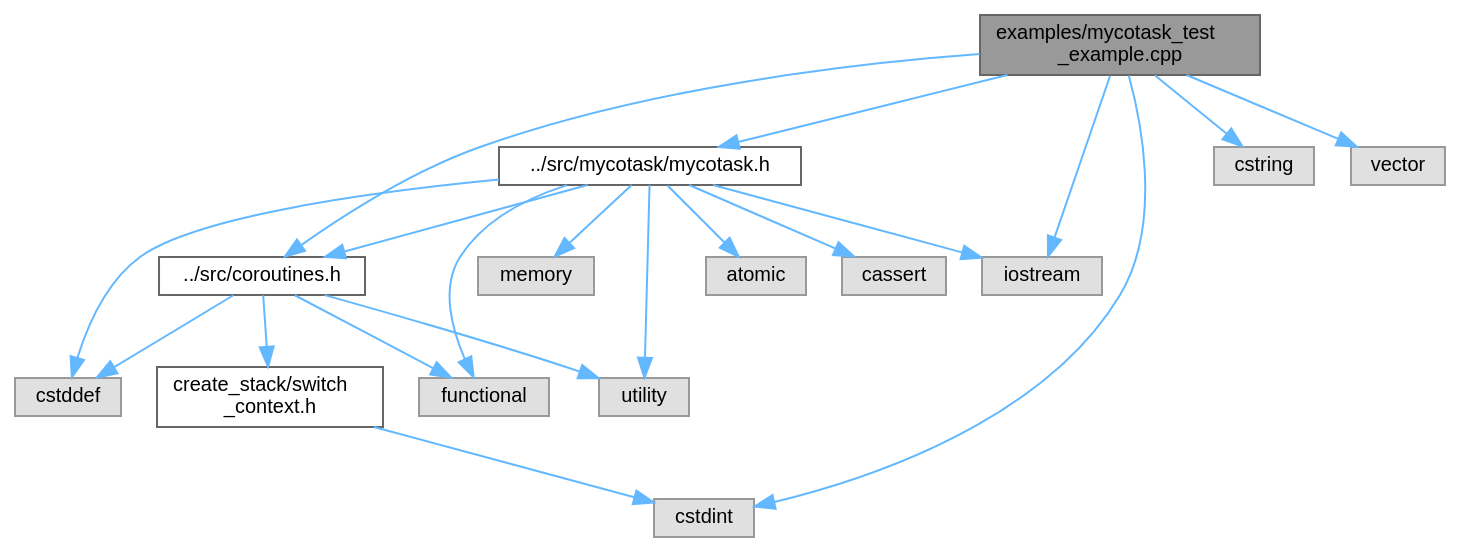
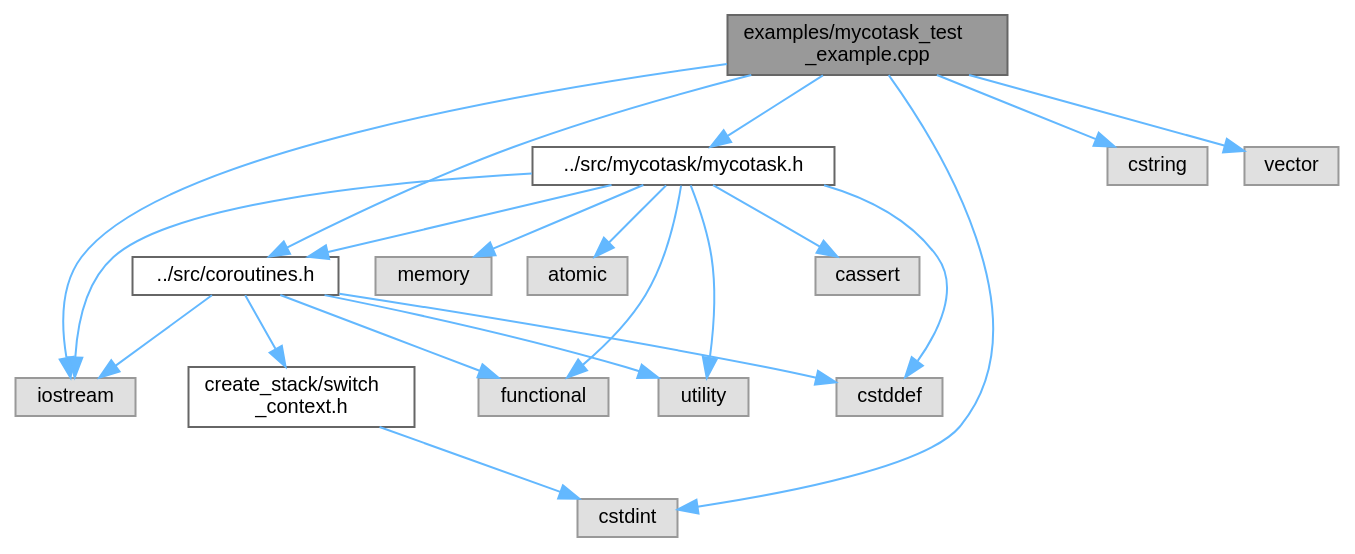
One commit to lalkaman1981/coroutins changed the diagram in mycotask__test__example_8cpp__incl.dot. Above: the diagram before and after it, drawn with Graphviz. The commit also changed 16 other files, not shown here.

```diff
--- a/mycotask__test__example_8cpp__incl.dot
+++ b/mycotask__test__example_8cpp__incl.dot
@@ -1,40 +1,41 @@
 digraph "examples/mycotask_test_example.cpp"
 {
  // LATEX_PDF_SIZE
   bgcolor="transparent";
   edge [fontname=Helvetica,fontsize=10,labelfontname=Helvetica,labelfontsize=10];
   node [fontname=Helvetica,fontsize=10,shape=box,height=0.2,width=0.4];
   Node1 [id="Node000001",label="examples/mycotask_test\l_example.cpp",height=0.2,width=0.4,color="gray40", fillcolor="grey60", style="filled", fontcolor="black",tooltip=" "];
   Node1 -> Node2 [id="edge1_Node000001_Node000002",color="steelblue1",style="solid",tooltip=" "];
   Node2 [id="Node000002",label="../src/coroutines.h",height=0.2,width=0.4,color="grey40", fillcolor="white", style="filled",URL="$coroutines_8h.html",tooltip="Main coroutine API header."];
   Node2 -> Node3 [id="edge2_Node000002_Node000003",color="steelblue1",style="solid",tooltip=" "];
   Node3 [id="Node000003",label="cstddef",height=0.2,width=0.4,color="grey60", fillcolor="#E0E0E0", style="filled",tooltip=" "];
   Node2 -> Node4 [id="edge3_Node000002_Node000004",color="steelblue1",style="solid",tooltip=" "];
   Node4 [id="Node000004",label="functional",height=0.2,width=0.4,color="grey60", fillcolor="#E0E0E0", style="filled",tooltip=" "];
   Node2 -> Node5 [id="edge4_Node000002_Node000005",color="steelblue1",style="solid",tooltip=" "];
   Node5 [id="Node000005",label="utility",height=0.2,width=0.4,color="grey60", fillcolor="#E0E0E0", style="filled",tooltip=" "];
   Node2 -> Node6 [id="edge5_Node000002_Node000006",color="steelblue1",style="solid",tooltip=" "];
-  Node6 [id="Node000006",label="create_stack/switch\l_context.h",height=0.2,width=0.4,color="grey40", fillcolor="white", style="filled",URL="$switch__context_8h.html",tooltip="Core data structures for coroutine context switching."];
-  Node6 -> Node7 [id="edge6_Node000006_Node000007",color="steelblue1",style="solid",tooltip=" "];
-  Node7 [id="Node000007",label="cstdint",height=0.2,width=0.4,color="grey60", fillcolor="#E0E0E0", style="filled",tooltip=" "];
-  Node1 -> Node8 [id="edge7_Node000001_Node000008",color="steelblue1",style="solid",tooltip=" "];
-  Node8 [id="Node000008",label="../src/mycotask/mycotask.h",height=0.2,width=0.4,color="grey40", fillcolor="white", style="filled",URL="$mycotask_8h.html",tooltip="Stackful coroutine implementation with cooperative multitasking."];
-  Node8 -> Node3 [id="edge8_Node000008_Node000003",color="steelblue1",style="solid",tooltip=" "];
-  Node8 -> Node4 [id="edge9_Node000008_Node000004",color="steelblue1",style="solid",tooltip=" "];
-  Node8 -> Node9 [id="edge10_Node000008_Node000009",color="steelblue1",style="solid",tooltip=" "];
-  Node9 [id="Node000009",label="memory",height=0.2,width=0.4,color="grey60", fillcolor="#E0E0E0", style="filled",tooltip=" "];
-  Node8 -> Node10 [id="edge11_Node000008_Node000010",color="steelblue1",style="solid",tooltip=" "];
-  Node10 [id="Node000010",label="atomic",height=0.2,width=0.4,color="grey60", fillcolor="#E0E0E0", style="filled",tooltip=" "];
-  Node8 -> Node2 [id="edge12_Node000008_Node000002",color="steelblue1",style="solid",tooltip=" "];
-  Node8 -> Node11 [id="edge13_Node000008_Node000011",color="steelblue1",style="solid",tooltip=" "];
-  Node11 [id="Node000011",label="iostream",height=0.2,width=0.4,color="grey60", fillcolor="#E0E0E0", style="filled",tooltip=" "];
-  Node8 -> Node5 [id="edge14_Node000008_Node000005",color="steelblue1",style="solid",tooltip=" "];
-  Node8 -> Node12 [id="edge15_Node000008_Node000012",color="steelblue1",style="solid",tooltip=" "];
+  Node6 [id="Node000006",label="iostream",height=0.2,width=0.4,color="grey60", fillcolor="#E0E0E0", style="filled",tooltip=" "];
+  Node2 -> Node7 [id="edge6_Node000002_Node000007",color="steelblue1",style="solid",tooltip=" "];
+  Node7 [id="Node000007",label="create_stack/switch\l_context.h",height=0.2,width=0.4,color="grey40", fillcolor="white", style="filled",URL="$switch__context_8h.html",tooltip="Core data structures for coroutine context switching."];
+  Node7 -> Node8 [id="edge7_Node000007_Node000008",color="steelblue1",style="solid",tooltip=" "];
+  Node8 [id="Node000008",label="cstdint",height=0.2,width=0.4,color="grey60", fillcolor="#E0E0E0", style="filled",tooltip=" "];
+  Node1 -> Node9 [id="edge8_Node000001_Node000009",color="steelblue1",style="solid",tooltip=" "];
+  Node9 [id="Node000009",label="../src/mycotask/mycotask.h",height=0.2,width=0.4,color="grey40", fillcolor="white", style="filled",URL="$mycotask_8h.html",tooltip="Stackful coroutine implementation with cooperative multitasking."];
+  Node9 -> Node3 [id="edge9_Node000009_Node000003",color="steelblue1",style="solid",tooltip=" "];
+  Node9 -> Node4 [id="edge10_Node000009_Node000004",color="steelblue1",style="solid",tooltip=" "];
+  Node9 -> Node10 [id="edge11_Node000009_Node000010",color="steelblue1",style="solid",tooltip=" "];
+  Node10 [id="Node000010",label="memory",height=0.2,width=0.4,color="grey60", fillcolor="#E0E0E0", style="filled",tooltip=" "];
+  Node9 -> Node11 [id="edge12_Node000009_Node000011",color="steelblue1",style="solid",tooltip=" "];
+  Node11 [id="Node000011",label="atomic",height=0.2,width=0.4,color="grey60", fillcolor="#E0E0E0", style="filled",tooltip=" "];
+  Node9 -> Node2 [id="edge13_Node000009_Node000002",color="steelblue1",style="solid",tooltip=" "];
+  Node9 -> Node6 [id="edge14_Node000009_Node000006",color="steelblue1",style="solid",tooltip=" "];
+  Node9 -> Node5 [id="edge15_Node000009_Node000005",color="steelblue1",style="solid",tooltip=" "];
+  Node9 -> Node12 [id="edge16_Node000009_Node000012",color="steelblue1",style="solid",tooltip=" "];
   Node12 [id="Node000012",label="cassert",height=0.2,width=0.4,color="grey60", fillcolor="#E0E0E0", style="filled",tooltip=" "];
-  Node1 -> Node7 [id="edge16_Node000001_Node000007",color="steelblue1",style="solid",tooltip=" "];
-  Node1 -> Node13 [id="edge17_Node000001_Node000013",color="steelblue1",style="solid",tooltip=" "];
+  Node1 -> Node8 [id="edge17_Node000001_Node000008",color="steelblue1",style="solid",tooltip=" "];
+  Node1 -> Node13 [id="edge18_Node000001_Node000013",color="steelblue1",style="solid",tooltip=" "];
   Node13 [id="Node000013",label="cstring",height=0.2,width=0.4,color="grey60", fillcolor="#E0E0E0", style="filled",tooltip=" "];
-  Node1 -> Node11 [id="edge18_Node000001_Node000011",color="steelblue1",style="solid",tooltip=" "];
-  Node1 -> Node14 [id="edge19_Node000001_Node000014",color="steelblue1",style="solid",tooltip=" "];
+  Node1 -> Node6 [id="edge19_Node000001_Node000006",color="steelblue1",style="solid",tooltip=" "];
+  Node1 -> Node14 [id="edge20_Node000001_Node000014",color="steelblue1",style="solid",tooltip=" "];
   Node14 [id="Node000014",label="vector",height=0.2,width=0.4,color="grey60", fillcolor="#E0E0E0", style="filled",tooltip=" "];
 }
```
